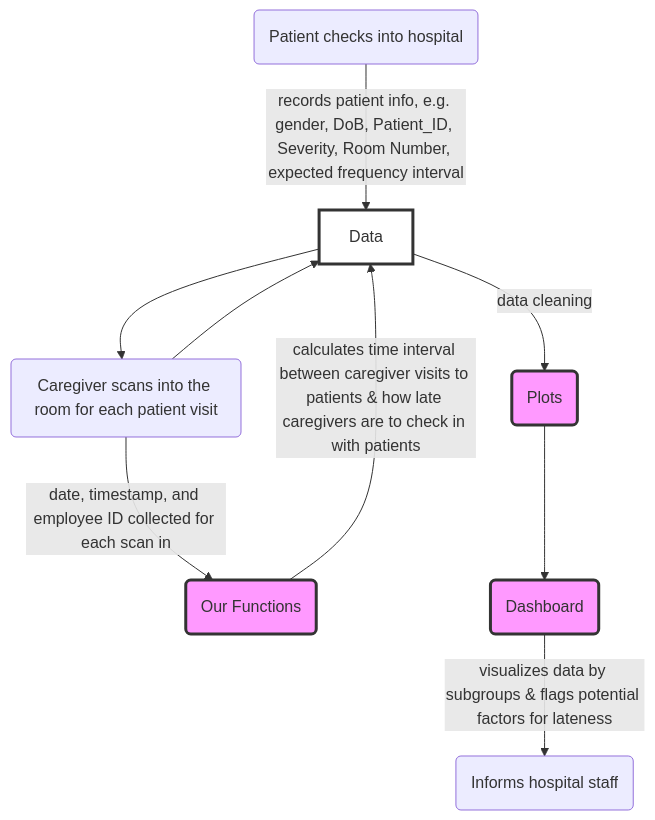
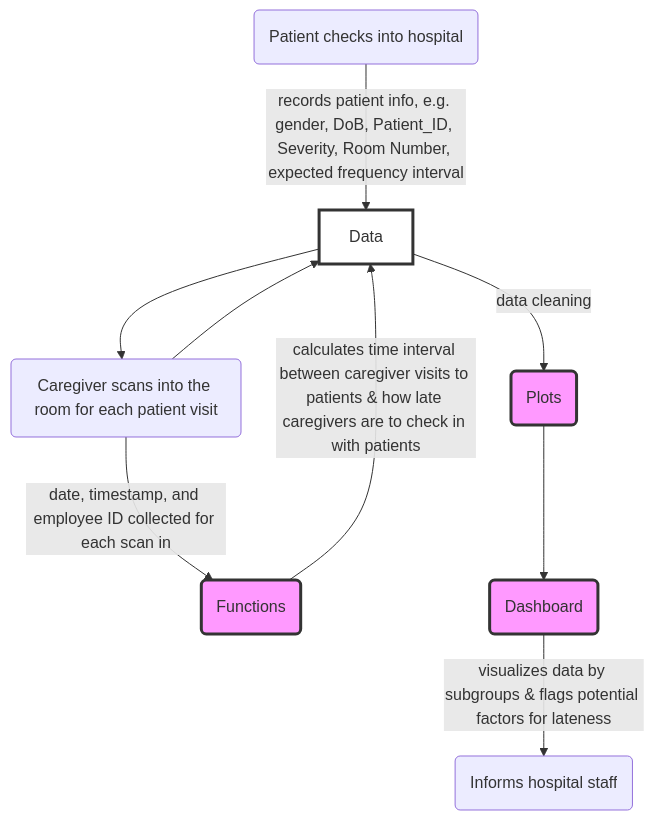
Before and after one commit to ZibinSong/SYSEN-5300-HACKATHON---Tim-s-Left-Foot-: the diagram in README.md, drawn with Mermaid.

```diff
--- a/README.md
+++ b/README.md
@@ -74,16 +74,16 @@
 ~~~mermaid
 flowchart TD
     A(Patient checks into hospital) -->|records patient info, e.g. gender, DoB, Patient_ID, Severity, Room Number, expected frequency interval| B[Data]
     B --> C(Caregiver scans into the room for each patient visit)
-    C --> |date, timestamp, and employee ID collected for each scan in| D(Our Functions)
+    C --> |date, timestamp, and employee ID collected for each scan in| D(Functions)
     C --> B
     D --> |calculates time interval between caregiver visits to patients & how late caregivers are to check in with patients|B
     B --> |data cleaning|E(Plots)
     E --> F(Dashboard)
     F --> |visualizes data by subgroups & flags potential factors for lateness| G(Informs hospital staff)
 
    style D fill:#f9f,stroke:#333,stroke-width:3px
       style E fill:#f9f,stroke:#333,stroke-width:3px
          style F fill:#f9f,stroke:#333,stroke-width:3px
                   style B fill:#fff,stroke:#333,stroke-width:3px
 ~~~
```
